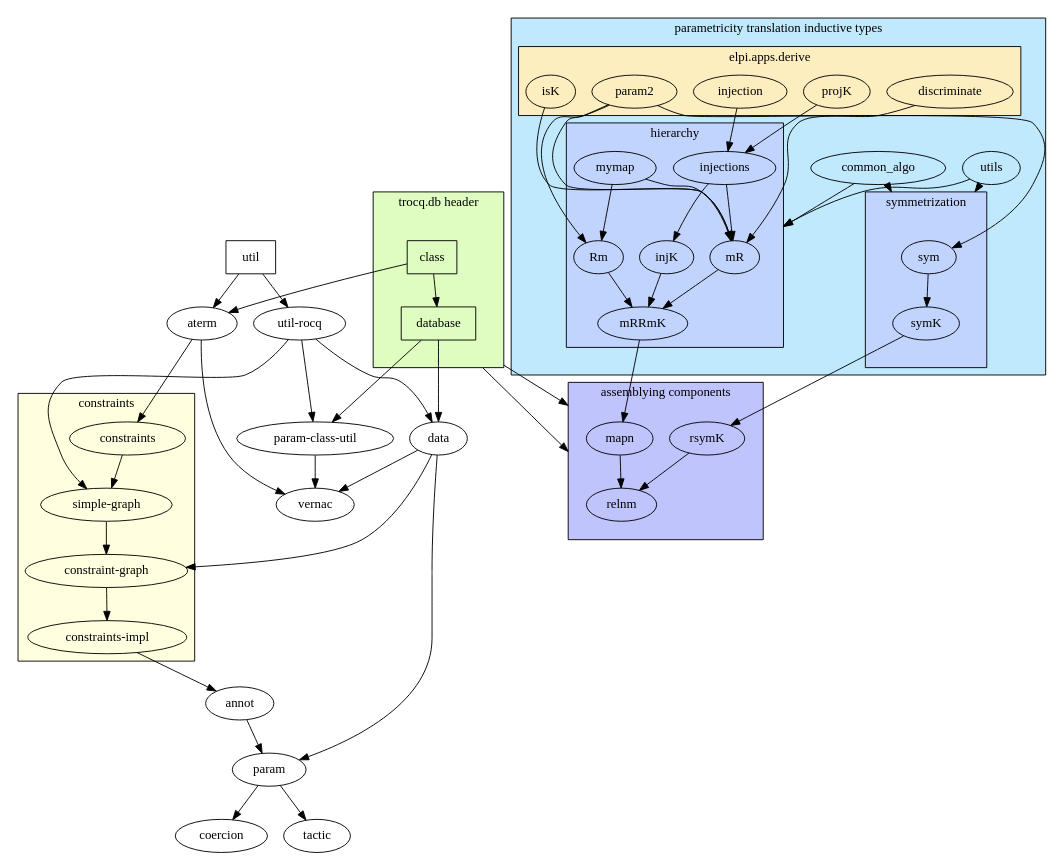
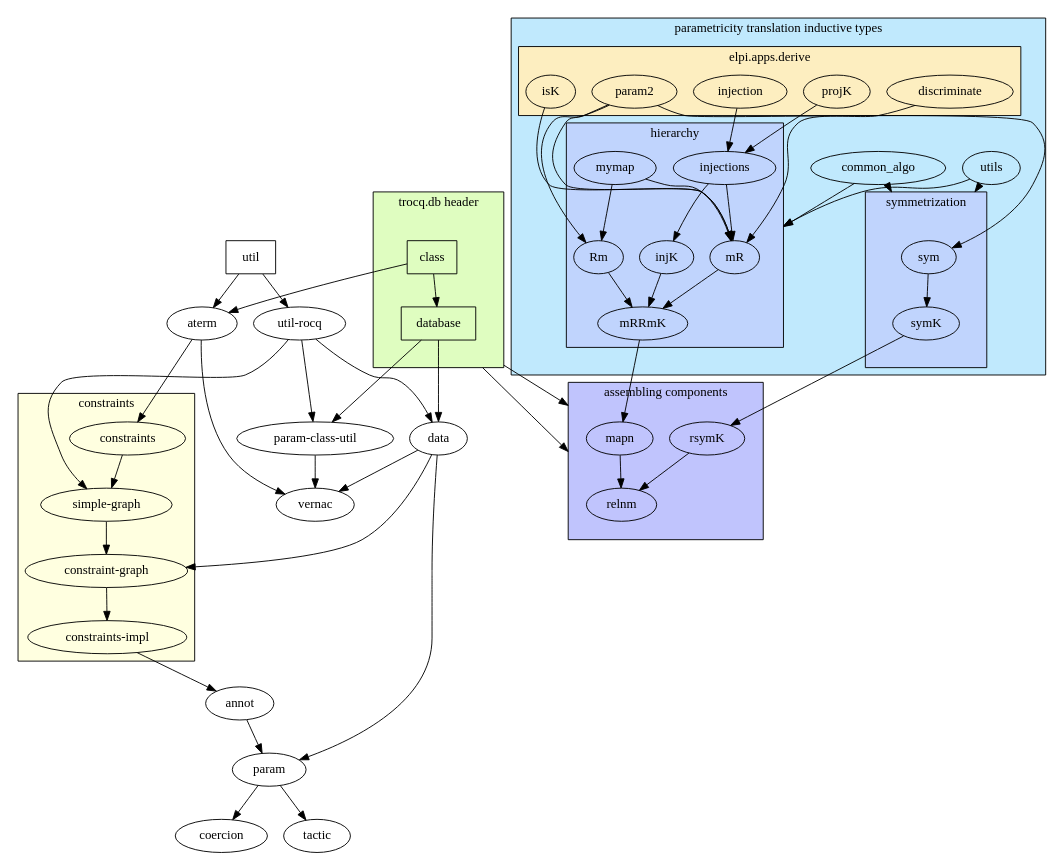
The diagram in docs/elpi-dependencies.dot (rocq-community/trocq), drawn with Graphviz before and after one commit. The commit also changed 1 other file, not shown here.

```diff
--- a/docs/elpi-dependencies.dot
+++ b/docs/elpi-dependencies.dot
@@ -1,136 +1,136 @@
 digraph {
 
     # STYLE
     rankdir=TB; # Dependencies are from top to bottom
     compound=true;
     #ranksep="1.1 1.1";
 
     ## ELPI FILES
     "class" [shape=box, URL="https://github.com/rocq-community/trocq/blob/master/elpi/class.elpi"];
     "util" [shape=box, URL="https://github.com/rocq-community/trocq/blob/master/elpi/util.elpi"];
     "util-rocq" [URL="https://github.com/rocq-community/trocq/blob/master/elpi/util-rocq.elpi"];
     "database" [shape=box, URL="https://github.com/rocq-community/trocq/blob/master/elpi/database.elpi"];
     "aterm" [URL="https://github.com/rocq-community/trocq/blob/master/elpi/aterm.elpi"];
     "constraints" [URL="https://github.com/rocq-community/trocq/blob/master/elpi/constraints/constraints.elpi"];
     "coercion" [URL="https://github.com/rocq-community/trocq/blob/master/elpi/coercion.elpi"];
     "simple-graph" [URL="https://github.com/rocq-community/trocq/blob/master/elpi/constraints/simple-graph.elpi"];
     "constraint-graph" [URL="https://github.com/rocq-community/trocq/blob/master/elpi/constraints/constraint-graph.elpi"];
     "constraints-impl" [URL="https://github.com/rocq-community/trocq/blob/master/elpi/constraints/constraints-impl.elpi"];
     "annot" [URL="https://github.com/rocq-community/trocq/blob/master/elpi/annot.elpi"];
     "data" [URL="https://github.com/rocq-community/trocq/blob/master/elpi/data.elpi"];
     "param-class-util" [URL="https://github.com/rocq-community/trocq/blob/master/elpi/param-class-util.elpi"];
     "param" [URL="https://github.com/rocq-community/trocq/blob/master/elpi/param.elpi"];
     "tactic" [URL="https://github.com/rocq-community/trocq/blob/master/elpi/tactic.elpi"];
     "vernac" [URL="https://github.com/rocq-community/trocq/blob/master/elpi/vernac.elpi"];
     "injection" [URL="https://github.com/LPCIC/coq-elpi/blob/master/apps/derive/elpi/injection.elpi"];
     "projK" [URL="https://github.com/LPCIC/coq-elpi/blob/master/apps/derive/elpi/projK.elpi"];
     "discriminate" [URL="https://github.com/LPCIC/coq-elpi/blob/master/apps/derive/elpi/discriminate.elpi"];
     "param2" [URL="https://github.com/LPCIC/coq-elpi/blob/master/apps/derive/elpi/param2.elpi"];
     "isK" [URL="https://github.com/LPCIC/coq-elpi/blob/master/apps/derive/elpi/isK.elpi"];
     "sym" [URL="https://github.com/rocq-community/trocq/blob/master/elpi/inductives/sym.elpi"];
     "symK" [URL="https://github.com/rocq-community/trocq/blob/master/elpi/inductives/symK.elpi"];
     "rsymK" [URL="https://github.com/rocq-community/trocq/blob/master/elpi/inductives/RsymK.elpi"];
     "injections" [URL="https://github.com/rocq-community/trocq/blob/master/elpi/inductives/injection_lemmas.elpi"];
     "injK" [URL="https://github.com/rocq-community/trocq/blob/master/elpi/inductives/injK.elpi"];
     "mapn" [URL="https://github.com/rocq-community/trocq/blob/master/elpi/inductives/mapn.elpi"];
     "mRRmK" [URL="https://github.com/rocq-community/trocq/blob/master/elpi/inductives/mRRmK.elpi"];
     "Rm" [URL="https://github.com/rocq-community/trocq/blob/master/elpi/inductives/Rm.elpi"];
     "mR" [URL="https://github.com/rocq-community/trocq/blob/master/elpi/inductives/mR.elpi"];
     "mymap" [URL="https://github.com/rocq-community/trocq/blob/master/elpi/inductives/mymap.elpi"];
     "relnm" [URL="https://github.com/rocq-community/trocq/blob/master/elpi/inductives/relnm.elpi"];
     "common_algo" [URL="https://github.com/rocq-community/trocq/blob/master/elpi/inductives/common_algo.elpi"];
     "utils" [URL="https://github.com/rocq-community/trocq/blob/master/elpi/inductives/utils.elpi"];
 
     ## DEPENDENCIES
     "util" -> {"aterm" "util-rocq"};
     "util-rocq" -> {"data" "param-class-util" "simple-graph"};
     "class" -> "database";
     "class" -> "aterm";
     "database" -> {"data" "param-class-util"};
     "aterm" -> {"constraints" "vernac"};
     "constraints" -> "simple-graph";
     "simple-graph" -> "constraint-graph";
     "constraint-graph" -> "constraints-impl";
     "constraints-impl" -> "annot";
     "annot" -> "param";
     "data" -> {"param"  "constraint-graph" "vernac"};
     "param-class-util" -> "vernac";
     "param" -> {"coercion" "tactic"};
 
     "param2" -> {"sym" "mR" "Rm"};
     "sym" -> {"symK"};
     "symK" -> {"rsymK"};
     "rsymK" -> {"relnm"};
     "mapn" -> {"relnm"};
     "mRRmK" -> {"mapn"};
     "injK" -> {"mRRmK"};
     "injections" -> {"injK" "mR"};
     "isK" -> {"mR"};
     "mymap" -> {"mR" "Rm"};
     "mR" -> {"mRRmK"};
     "Rm" -> {"mRRmK"};
     "projK" -> {"injections"};
     "injection" -> {"injections"};
     #"utils" -> {"injections" "injK" "mapn" "mR" "mRRmK" "relnm" "Rm" "rsymK" "sym" "symK"};
     #"common_algo" -> {"mapn" "mR" "mRRmK" "relnm" "Rm" "rsymK" "sym" "symK"};
     "discriminate" -> {"mR"};
 
     ## CLUSTERS
-    subgraph cluster_assemblying {
+    subgraph cluster_assembling {
         margin=20;
-        label="assemblying components";
+        label="assembling components";
         style=filled;
         fillcolor="#c0c4fd";
         "rsymK" "mapn" "relnm";
     }
 
     subgraph cluster_inductive_gen {
         label="parametricity translation inductive types";
         style=filled;
         fillcolor="#c0e9fd";
         subgraph cluster_elpi_derive {
             label="elpi.apps.derive";
             style=filled;
             fillcolor="#fdeec0";
             "param2" "isK" "projK" "injection" "discriminate";
         }
         subgraph cluster_symmetrization {
             margin="30";
             label="symmetrization";
             style=filled;
             fillcolor="#c0d4fd";
             "sym" "symK"; 
         }
         subgraph cluster_hierarchy {
             label="hierarchy";
             style=filled;
             fillcolor="#c0d4fd";
             "injections" "injK" "mR" "Rm" "mRRmK" "mymap";
         }
         "utils" "common_algo";
         "common_algo" -> {"mR"} [lhead=cluster_hierarchy];
         "common_algo" -> {"sym"} [lhead=cluster_symmetrization];
-        #"common_algo" -> {"mapn"} [lhead=cluster_assemblying];
+        #"common_algo" -> {"mapn"} [lhead=cluster_assembling];
         "utils" -> {"mR"} [lhead=cluster_hierarchy];
         "utils" -> {"sym"} [lhead=cluster_symmetrization];
-        #"utils" -> {"mapn"} [lhead=cluster_assemblying];
+        #"utils" -> {"mapn"} [lhead=cluster_assembling];
     }
     subgraph cluster_trocqdb {
         margin=30;
         label="trocq.db header";
         style=filled;
         fillcolor="#dffdc0";
         "class" "database";
     }
     subgraph cluster_constraints {
         labelloc="r";
         label="constraints";
         style=filled;
         fillcolor=lightyellow;
         URL="https://github.com/rocq-community/trocq/tree/master/elpi/constraints";
         "constraints" "simple-graph" "constraint-graph" "constraints-impl";
     }
 
     ## CLUSTER DEPENDENCIES
-    "database" -> {"mapn" "relnm"} [lhead=cluster_assemblying ltail=cluster_trocqdb];
+    "database" -> {"mapn" "relnm"} [lhead=cluster_assembling ltail=cluster_trocqdb];
 }
```
